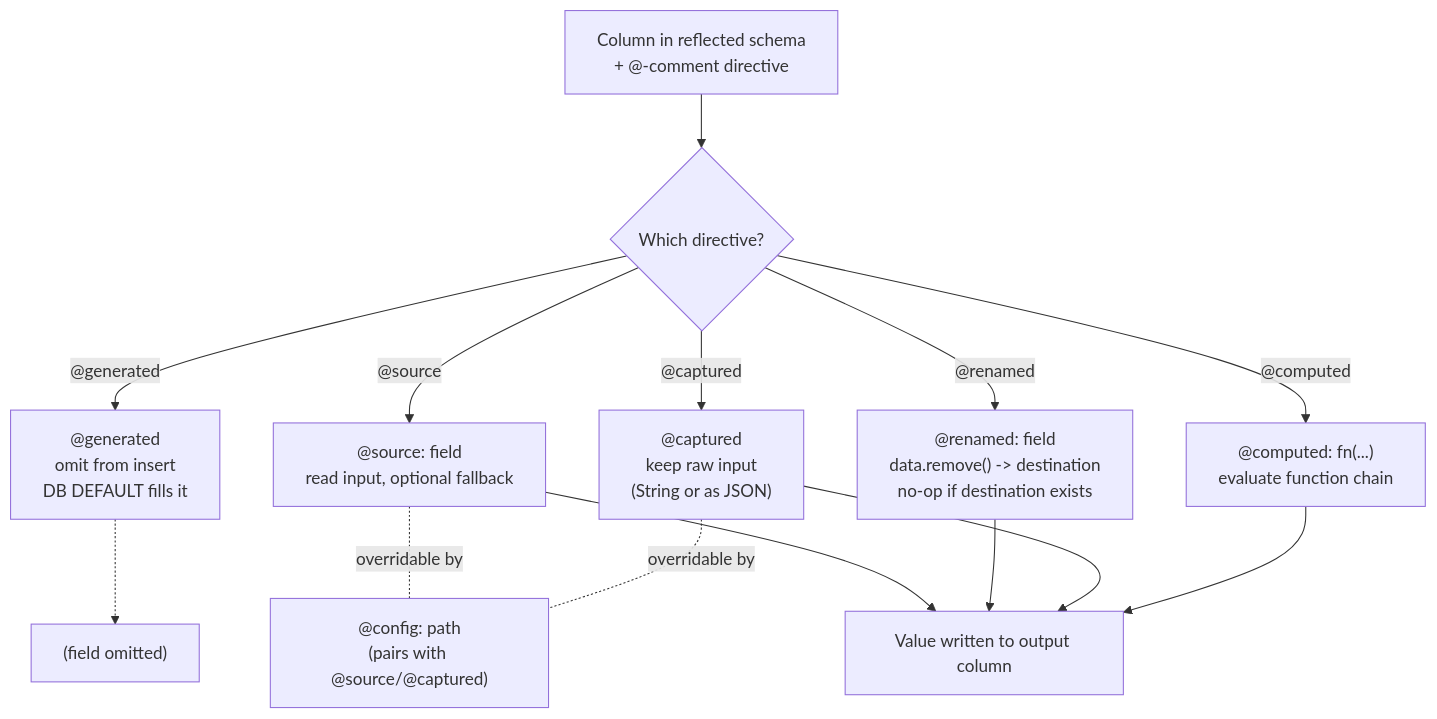
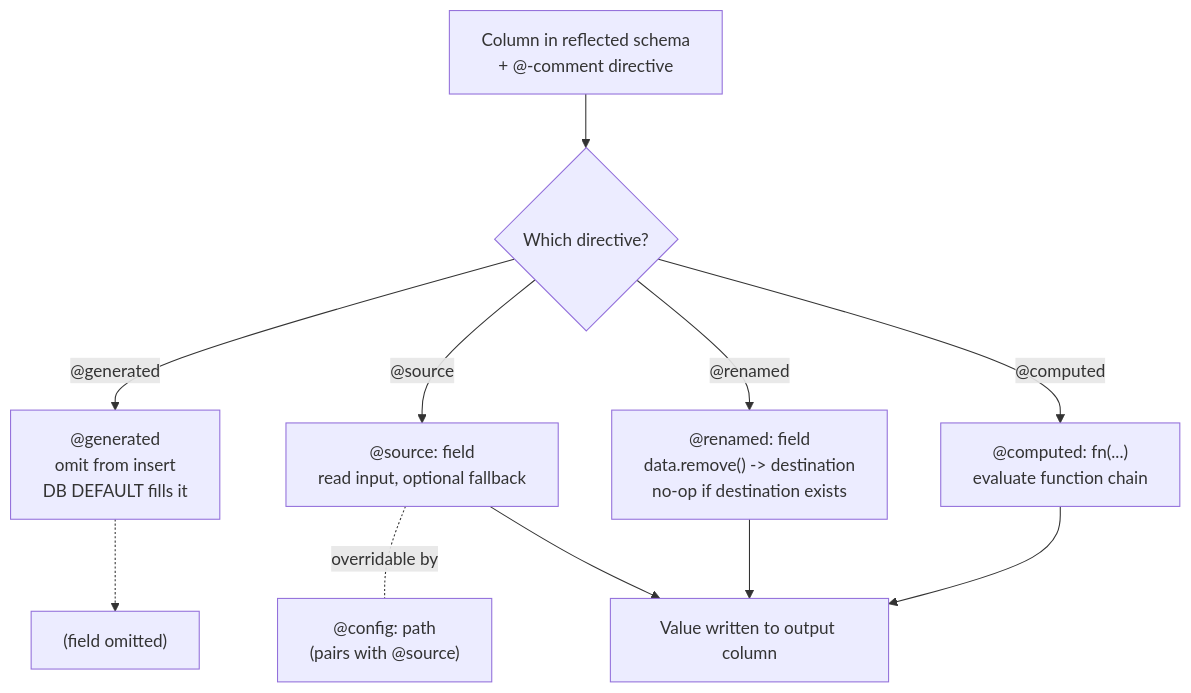
Before and after one commit to hyperi-io/dfe-loader: the first of 7 diagrams in docs/clickhouse/DDL-DIRECTIVES.md, drawn with Mermaid. The commit also changed other lines of this file and 3 other files, not shown here.

````diff
--- a/docs/clickhouse/DDL-DIRECTIVES.md
+++ b/docs/clickhouse/DDL-DIRECTIVES.md
@@ -34,26 +34,22 @@
 ```mermaid
 flowchart TB
     COL["Column in reflected schema<br/>+ @-comment directive"]
     K{"Which directive?"}
     GEN["@generated<br/>omit from insert<br/>DB DEFAULT fills it"]
     SRC["@source: field<br/>read input, optional fallback"]
     REN["@renamed: field<br/>data.remove() -> destination<br/>no-op if destination exists"]
-    CAP["@captured<br/>keep raw input<br/>(String or as JSON)"]
     CMP["@computed: fn(...)<br/>evaluate function chain"]
-    CFG["@config: path<br/>(pairs with @source/@captured)"]
+    CFG["@config: path<br/>(pairs with @source)"]
     OUT["Value written to output column"]
 
     COL --> K
     K -->|"@generated"| GEN
     K -->|"@source"| SRC
     K -->|"@renamed"| REN
-    K -->|"@captured"| CAP
     K -->|"@computed"| CMP
     SRC -. overridable by .- CFG
-    CAP -. overridable by .- CFG
     SRC --> OUT
     REN --> OUT
-    CAP --> OUT
     CMP --> OUT
     GEN -.-> SKIP["(field omitted)"]
 ```
````
